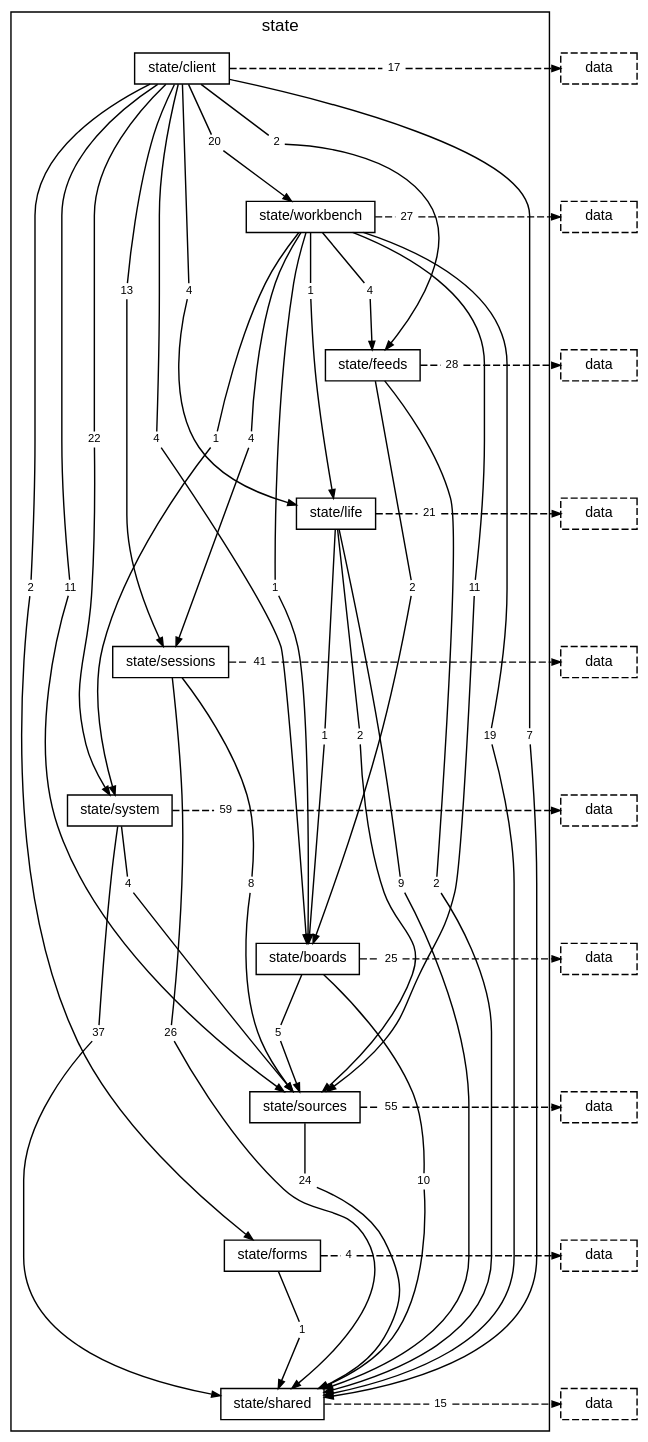
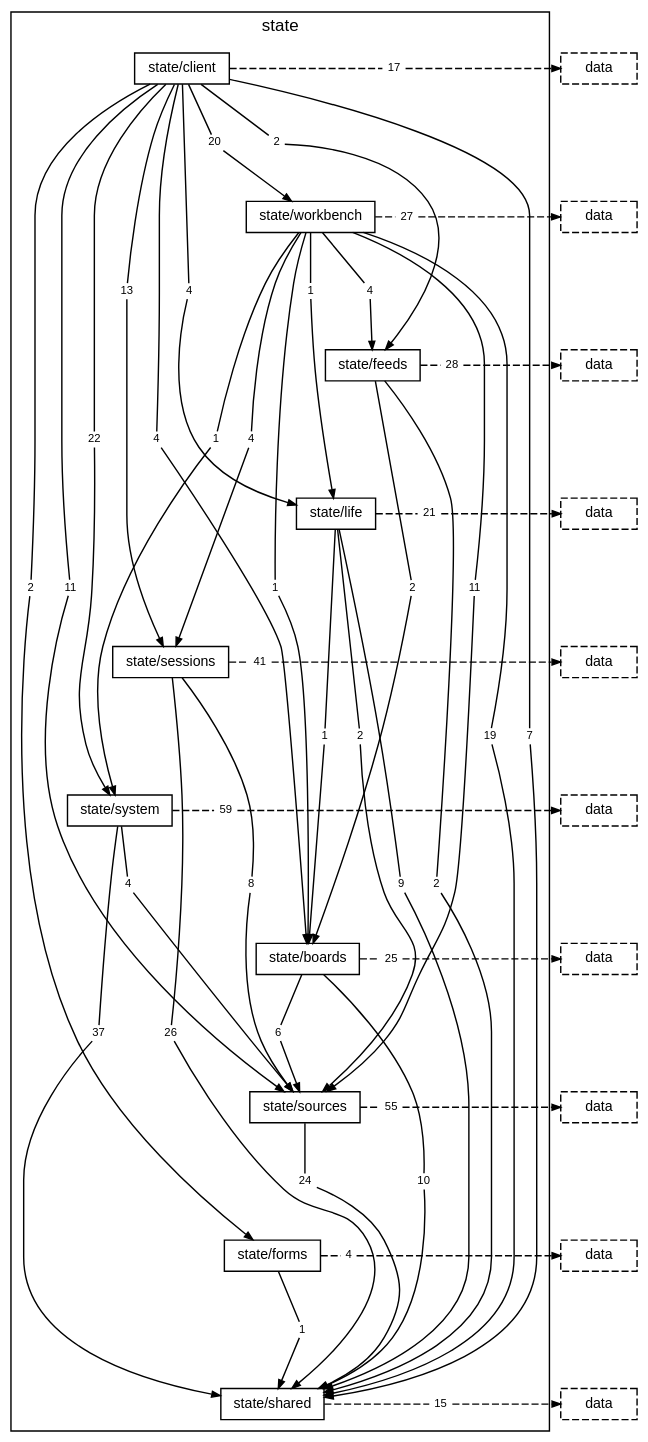
Before and after one commit to TheAxeC/oculus: the diagram in docs/diagrams/layer-state.dot, drawn with Graphviz. The commit also changed 58 other files, not shown here.

```diff
--- a/docs/diagrams/layer-state.dot
+++ b/docs/diagrams/layer-state.dot
@@ -46,7 +46,7 @@
         "folder state/system to folder state/sources" [label="4", shape=box, color="transparent", fontsize=8, width=0, height=0, margin="0.04,0.02"];
         "folder state/system to layer data" [label="59", shape=box, color="transparent", fontsize=8, width=0, height=0, margin="0.04,0.02"];
         "folder state/boards to folder state/shared" [label="10", shape=box, color="transparent", fontsize=8, width=0, height=0, margin="0.04,0.02"];
-        "folder state/boards to folder state/sources" [label="5", shape=box, color="transparent", fontsize=8, width=0, height=0, margin="0.04,0.02"];
+        "folder state/boards to folder state/sources" [label="6", shape=box, color="transparent", fontsize=8, width=0, height=0, margin="0.04,0.02"];
         "folder state/boards to layer data" [label="25", shape=box, color="transparent", fontsize=8, width=0, height=0, margin="0.04,0.02"];
         "folder state/sources to folder state/shared" [label="24", shape=box, color="transparent", fontsize=8, width=0, height=0, margin="0.04,0.02"];
         "folder state/sources to layer data" [label="55", shape=box, color="transparent", fontsize=8, width=0, height=0, margin="0.04,0.02"];
```
